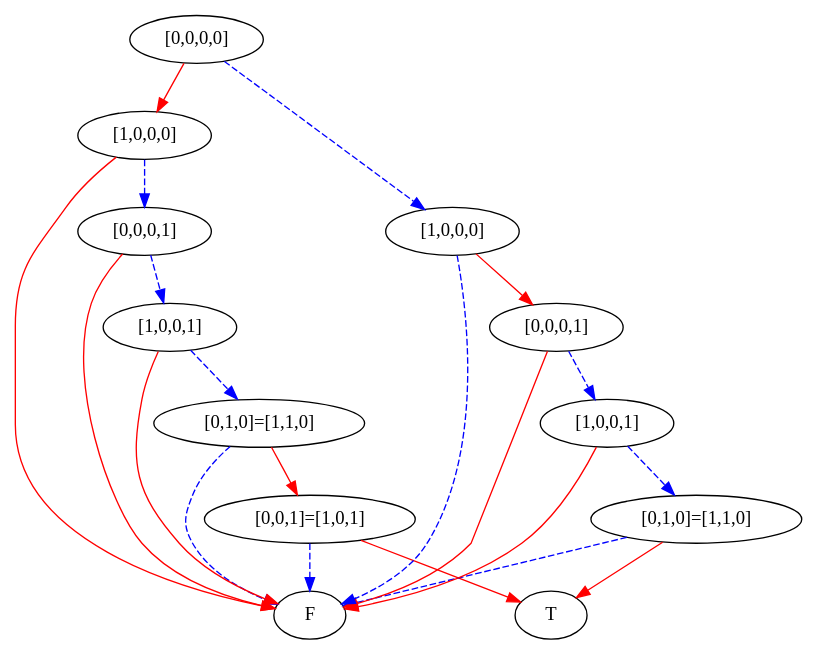
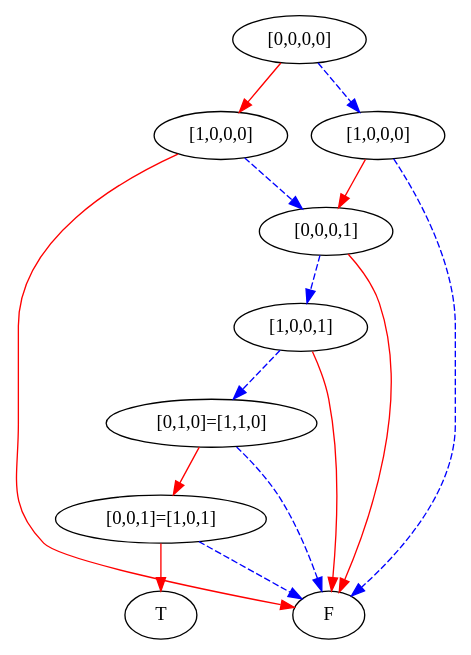
Before and after one commit to mburyakov/minxmod: the diagram in simpleProgram2.dot, drawn with Graphviz. The commit also changed 4 other files, not shown here.

```diff
--- a/simpleProgram2.dot
+++ b/simpleProgram2.dot
@@ -1,44 +1,32 @@
 digraph {
     1 [label=F];
     2 [label=T];
     3 [label="[0,0,1]=[1,0,1]"];
     4 [label="[0,1,0]=[1,1,0]"];
     5 [label="[1,0,0,1]"];
     6 [label="[0,0,0,1]"];
     7 [label="[1,0,0,0]"];
-    8 [label="[0,1,0]=[1,1,0]"];
-    9 [label="[1,0,0,1]"];
-    10 [label="[0,0,0,1]"];
-    11 [label="[1,0,0,0]"];
-    12 [label="[0,0,0,0]"];
+    8 [label="[1,0,0,0]"];
+    9 [label="[0,0,0,0]"];
     3 -> 1 [style=dashed
            ,color=blue];
     3 -> 2 [color=red];
     4 -> 3 [color=red];
     4 -> 1 [style=dashed
            ,color=blue];
     5 -> 4 [style=dashed
            ,color=blue];
     5 -> 1 [color=red];
     6 -> 5 [style=dashed
            ,color=blue];
     6 -> 1 [color=red];
     7 -> 6 [style=dashed
            ,color=blue];
     7 -> 1 [color=red];
+    8 -> 6 [color=red];
     8 -> 1 [style=dashed
            ,color=blue];
-    8 -> 2 [color=red];
+    9 -> 7 [color=red];
     9 -> 8 [style=dashed
            ,color=blue];
-    9 -> 1 [color=red];
-    10 -> 9 [style=dashed
-            ,color=blue];
-    10 -> 1 [color=red];
-    11 -> 10 [color=red];
-    11 -> 1 [style=dashed
-            ,color=blue];
-    12 -> 7 [color=red];
-    12 -> 11 [style=dashed
-             ,color=blue];
 }
```
